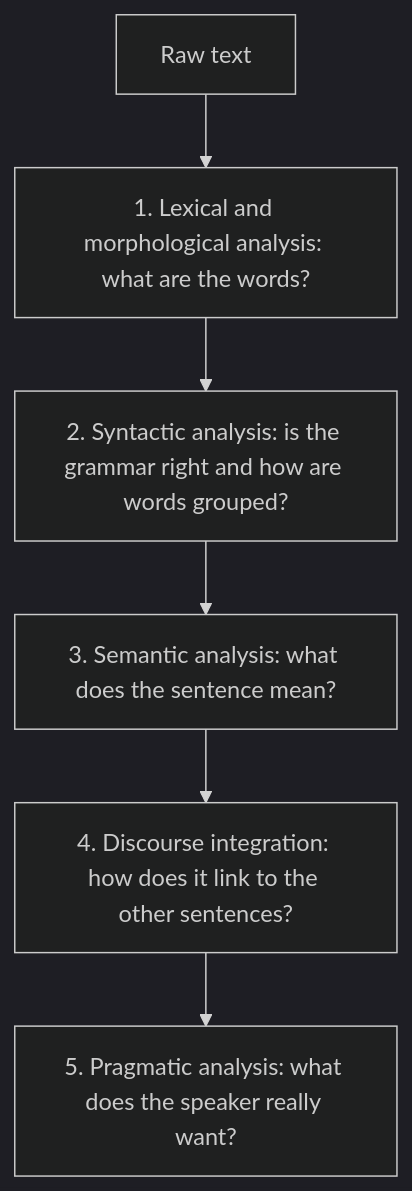
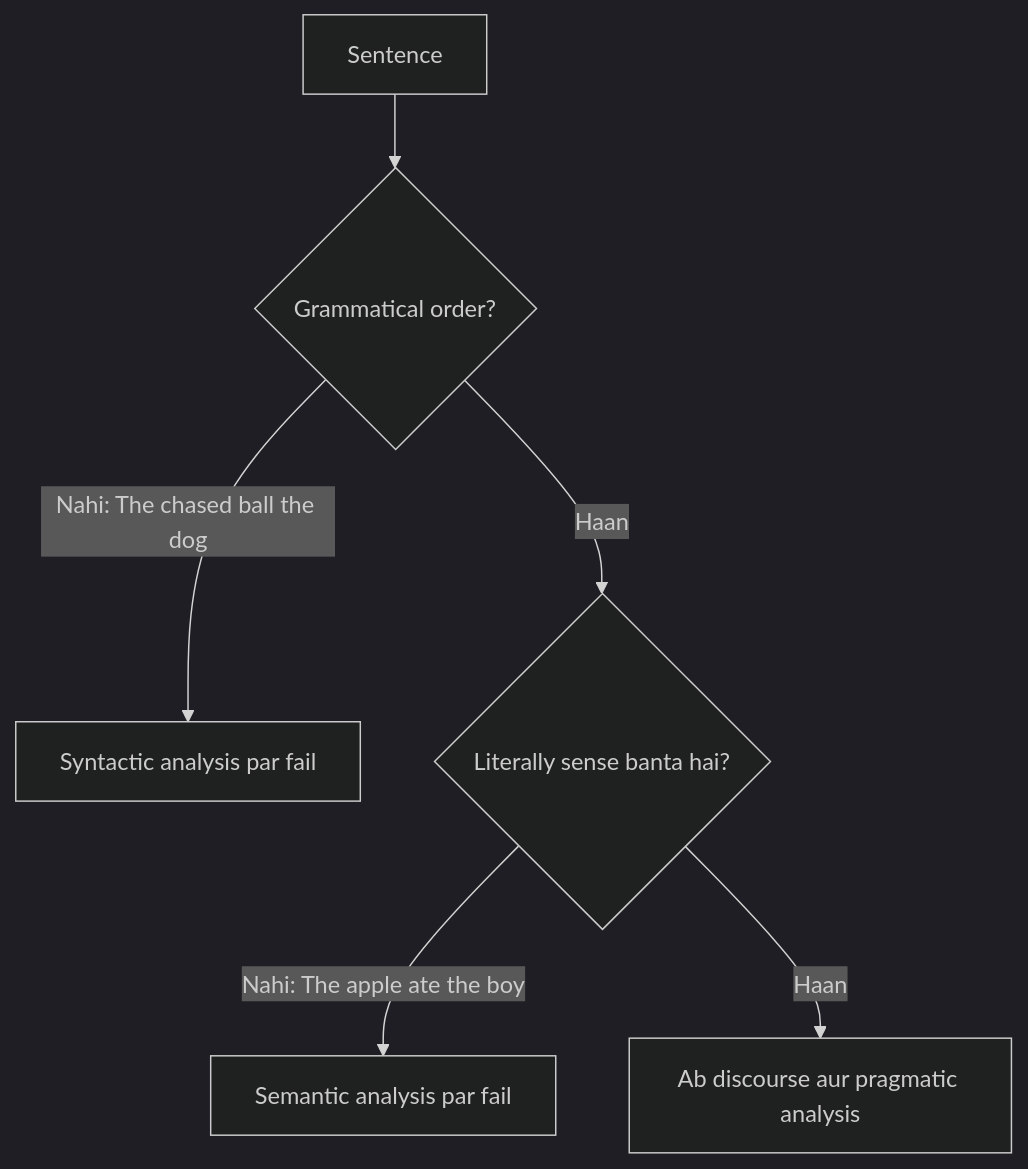
The third of 3 diagrams in content/natural-language-processing/notes/nlp-introduction.hi.mdx (TrendySloth1001/sem-seven-notes), drawn with Mermaid (dark theme) before and after one commit. The commit also changed other lines of this file and 406 other files, not shown here.

````diff
--- a/content/natural-language-processing/notes/nlp-introduction.hi.mdx
+++ b/content/natural-language-processing/notes/nlp-introduction.hi.mdx
@@ -167,9 +122,9 @@
 ```mermaid
-%% caption: NLP ke paanch stages. Har stage pichhle stage ka output leta hai aur usi text ke baare mein naya sawaal poochta hai.
+%% caption: Har galat sentence kahan pakda jaata hai. Sentence ko har stage pass karna hota hai; jis stage par fail ho wahi batata hai ki mistake kis type ki hai.
 flowchart TD
-  A["Raw text"] --> B["1. Lexical and morphological analysis: what are the words?"]
-  B --> C["2. Syntactic analysis: is the grammar right and how are words grouped?"]
-  C --> D["3. Semantic analysis: what does the sentence mean?"]
-  D --> E["4. Discourse integration: how does it link to the other sentences?"]
-  E --> F["5. Pragmatic analysis: what does the speaker really want?"]
+  A["Sentence"] --> B{"Grammatical order?"}
+  B -- "Nahi: The chased ball the dog" --> X["Syntactic analysis par fail"]
+  B -- "Haan" --> C{"Literally sense banta hai?"}
+  C -- "Nahi: The apple ate the boy" --> Y["Semantic analysis par fail"]
+  C -- "Haan" --> D["Ab discourse aur pragmatic analysis"]
 ```
````
